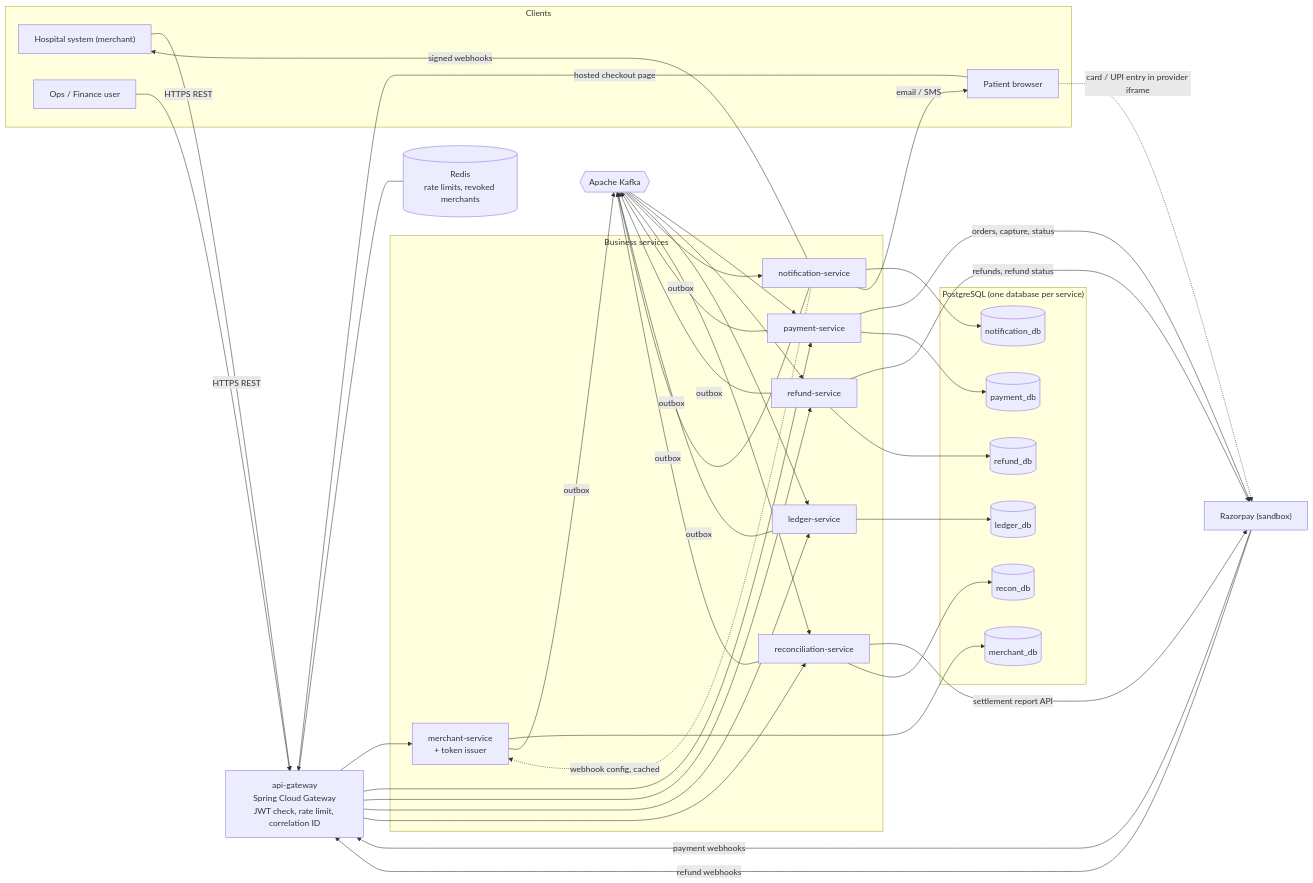
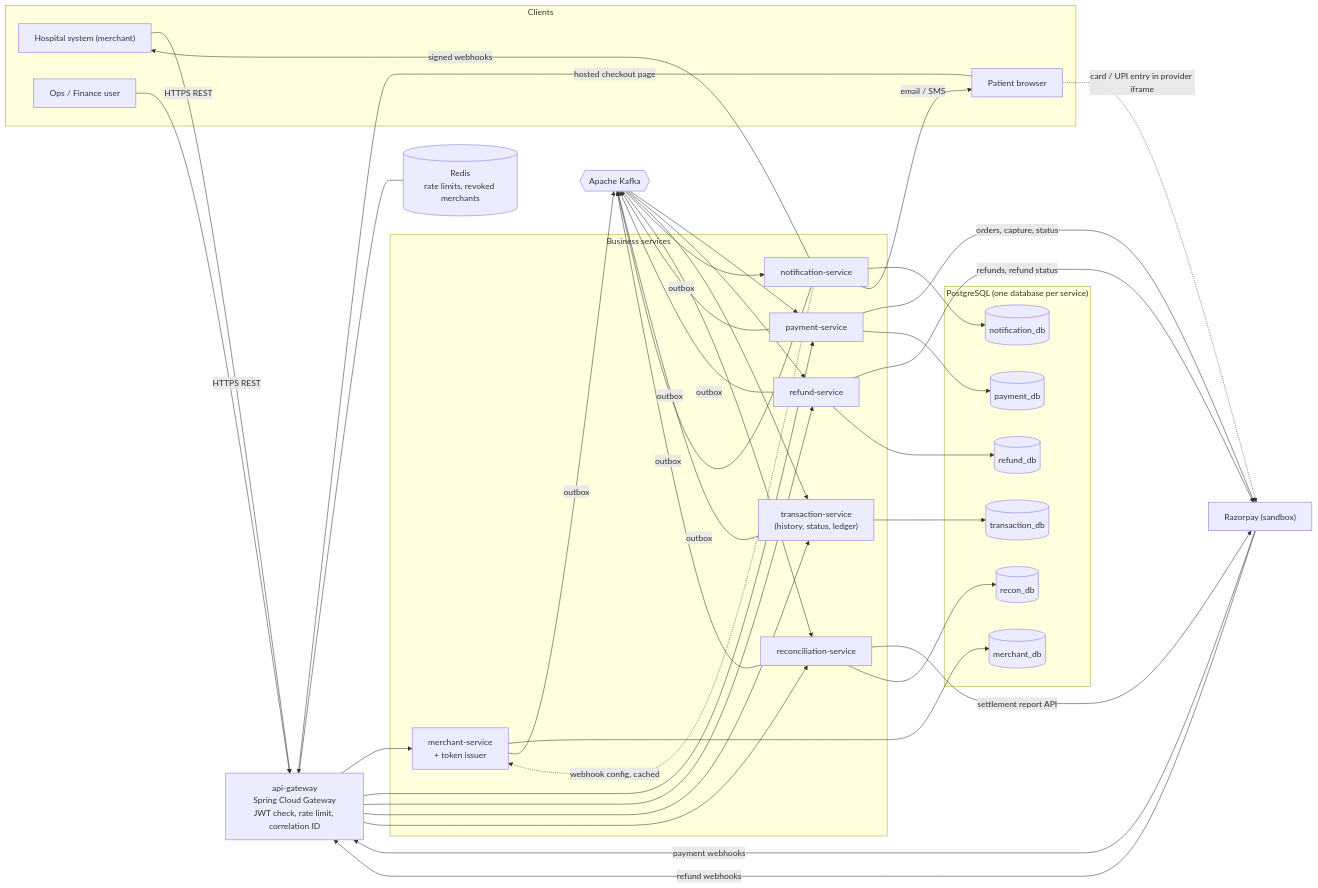
Before and after one commit to deepakgoli9640/docflow: the diagram in docs/01-architecture-overview.md, drawn with Mermaid. The commit also changed other lines of this file and 162 other files, not shown here.

````diff
--- a/docs/01-architecture-overview.md
+++ b/docs/01-architecture-overview.md
@@ -127,65 +127,65 @@
 ```mermaid
 flowchart LR
     subgraph clients["Clients"]
         HIS["Hospital system (merchant)"]
         PAT["Patient browser"]
         OPS["Ops / Finance user"]
     end
 
     RZP["Razorpay (sandbox)"]
 
     GW["api-gateway<br/>Spring Cloud Gateway<br/>JWT check, rate limit, correlation ID"]
     REDIS[("Redis<br/>rate limits, revoked merchants")]
 
     subgraph services["Business services"]
         MS["merchant-service<br/>+ token issuer"]
         PS["payment-service"]
         RS["refund-service"]
-        LS["ledger-service"]
+        LS["transaction-service<br/>(history, status, ledger)"]
         NS["notification-service"]
         RC["reconciliation-service"]
     end
 
     K{{"Apache Kafka"}}
 
     subgraph pg["PostgreSQL (one database per service)"]
         MDB[("merchant_db")]
         PDB[("payment_db")]
         RDB[("refund_db")]
-        LDB[("ledger_db")]
+        LDB[("transaction_db")]
         NDB[("notification_db")]
         CDB[("recon_db")]
     end
 
     HIS -->|HTTPS REST| GW
     OPS -->|HTTPS REST| GW
     PAT -->|hosted checkout page| GW
     PAT -.->|card / UPI entry in provider iframe| RZP
     GW --- REDIS
     GW --> MS & PS & RS & LS & RC
 
     PS -->|orders, capture, status| RZP
     RS -->|refunds, refund status| RZP
     RC -->|settlement report API| RZP
     RZP -->|payment webhooks| GW
     RZP -->|refund webhooks| GW
 
     MS --> MDB
     PS --> PDB
     RS --> RDB
     LS --> LDB
     NS --> NDB
     RC --> CDB
 
     MS -- outbox --> K
     PS -- outbox --> K
     RS -- outbox --> K
     LS -- outbox --> K
     RC -- outbox --> K
     NS -- outbox --> K
     K --> PS & RS & LS & NS & RC
 
     NS -->|signed webhooks| HIS
     NS -->|email / SMS| PAT
     NS -.->|webhook config, cached| MS
 ```
````
